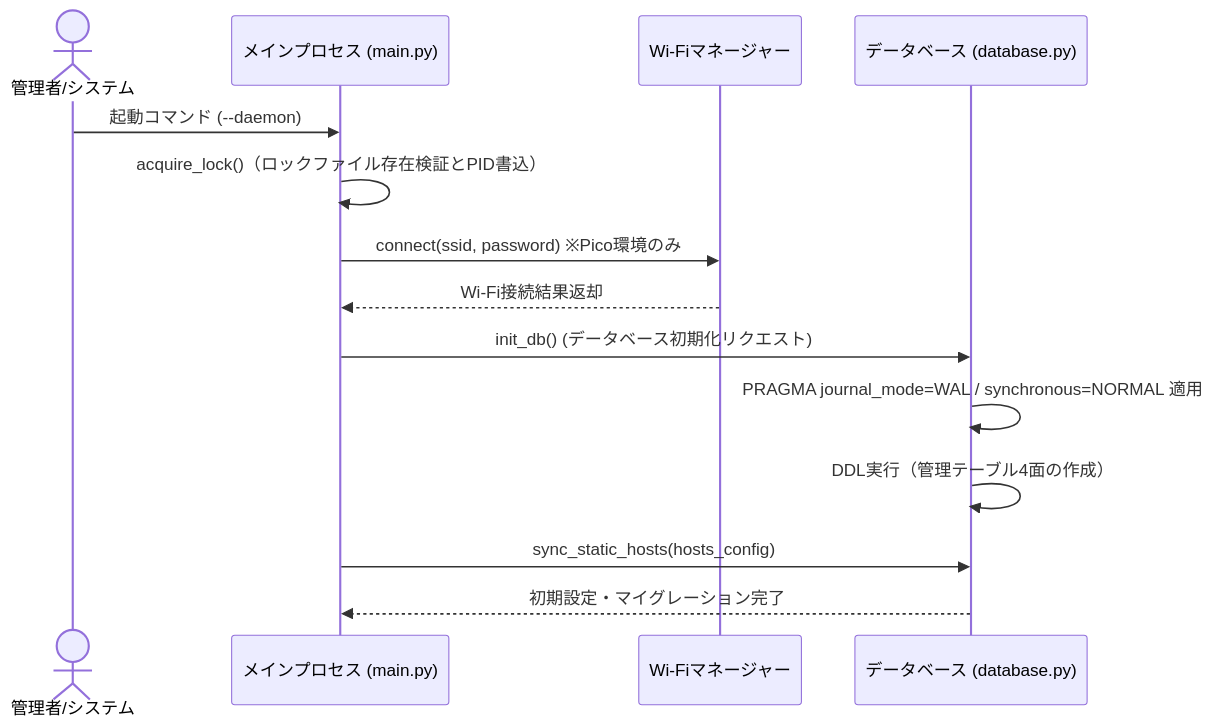
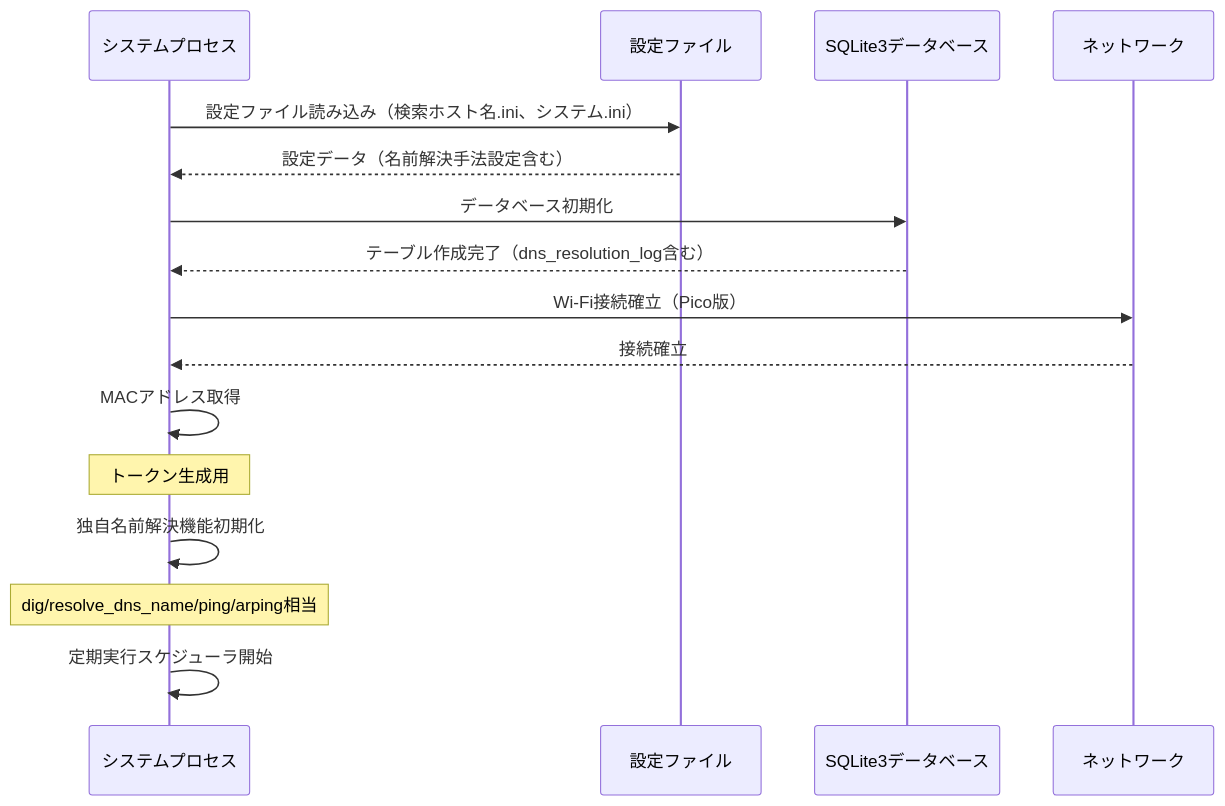
The first of 10 diagrams in specs/4_詳細設計/4.3_シーケンス図.md (hiro-gj/mdns_team_proxy), drawn with Mermaid before and after one commit. The commit also changed other lines of this file and 12 other files, not shown here.

````diff
--- a/specs/4_詳細設計/4.3_シーケンス図.md
+++ b/specs/4_詳細設計/4.3_シーケンス図.md
@@ -22,16 +22,18 @@
 ```mermaid
 sequenceDiagram
-    actor admin as 管理者/システム
-    participant main as メインプロセス (main.py)
-    participant wifi as Wi-Fiマネージャー
-    participant db as データベース (database.py)
-    admin->>main: 起動コマンド (--daemon)
-    main->>main: acquire_lock()（ロックファイル存在検証とPID書込）
-    main->>wifi: connect(ssid, password) ※Pico環境のみ
-    wifi-->>main: Wi-Fi接続結果返却
-    main->>db: init_db() (データベース初期化リクエスト)
-    db->>db: PRAGMA journal_mode=WAL / synchronous=NORMAL 適用
-    db->>db: DDL実行（管理テーブル4面の作成）
-    main->>db: sync_static_hosts(hosts_config)
-    db-->>main: 初期設定・マイグレーション完了
+    participant system as システムプロセス
+    participant config_files as 設定ファイル
+    participant sqlite_db as SQLite3データベース
+    participant network as ネットワーク
+    system->>config_files: 設定ファイル読み込み（検索ホスト名.ini、システム.ini）
+    config_files-->>system: 設定データ（名前解決手法設定含む）
+    system->>sqlite_db: データベース初期化
+    sqlite_db-->>system: テーブル作成完了（dns_resolution_log含む）
+    system->>network: Wi-Fi接続確立（Pico版）
+    network-->>system: 接続確立
+    system->>system: MACアドレス取得
+    Note over system,system: トークン生成用
+    system->>system: 独自名前解決機能初期化
+    Note over system,system: dig/resolve_dns_name/ping/arping相当
+    system->>system: 定期実行スケジューラ開始
 ```
````
